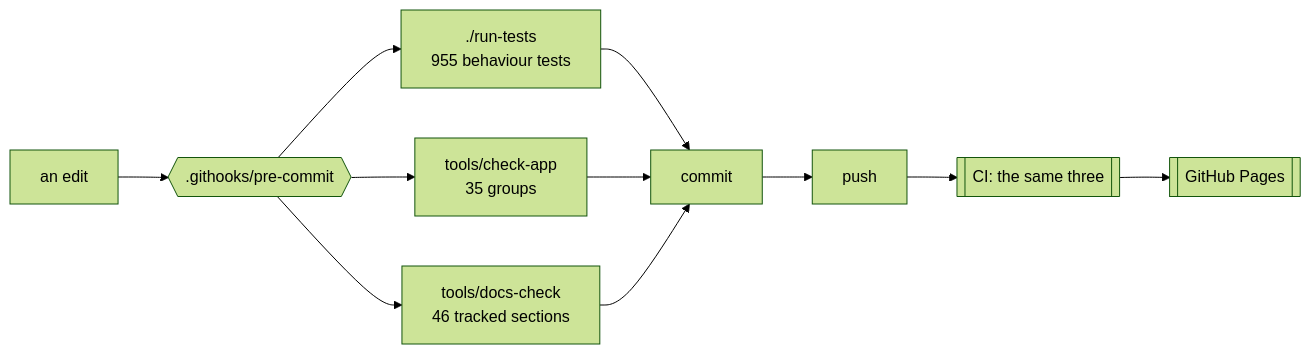
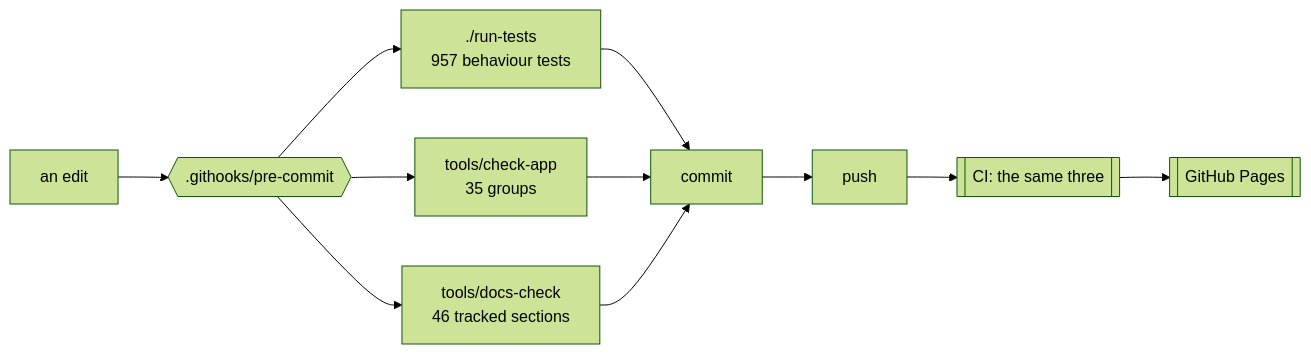
One commit to minormending/crystal-pilot-mobile changed the first of 3 diagrams in docs/DEVELOPING.md. Above: the diagram before and after it, drawn with Mermaid (forest theme). The commit also changed other lines of this file and 3 other files, not shown here.

````diff
--- a/docs/DEVELOPING.md
+++ b/docs/DEVELOPING.md
@@ -15,12 +15,12 @@
 ```mermaid
 flowchart LR
     E[an edit] --> H{{".githooks/pre-commit"}}
-    H --> T["./run-tests<br/>955 behaviour tests"]
+    H --> T["./run-tests<br/>957 behaviour tests"]
     H --> C["tools/check-app<br/>35 groups"]
     H --> D["tools/docs-check<br/>46 tracked sections"]
     T --> OK[commit]
     C --> OK
     D --> OK
     OK --> P[push] --> CI[["CI: the same three"]]
     CI --> PG[[GitHub Pages]]
 ```
````
